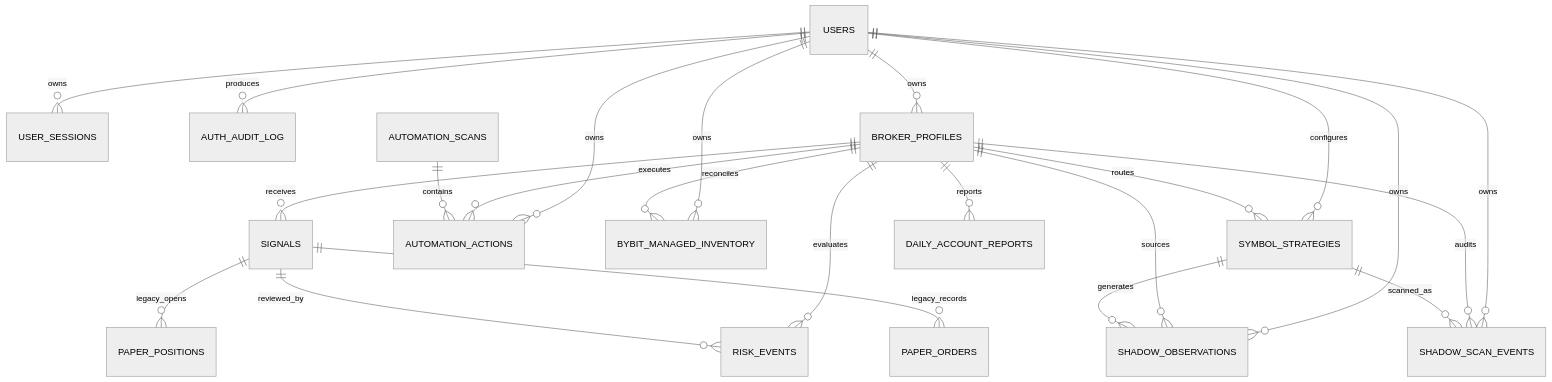
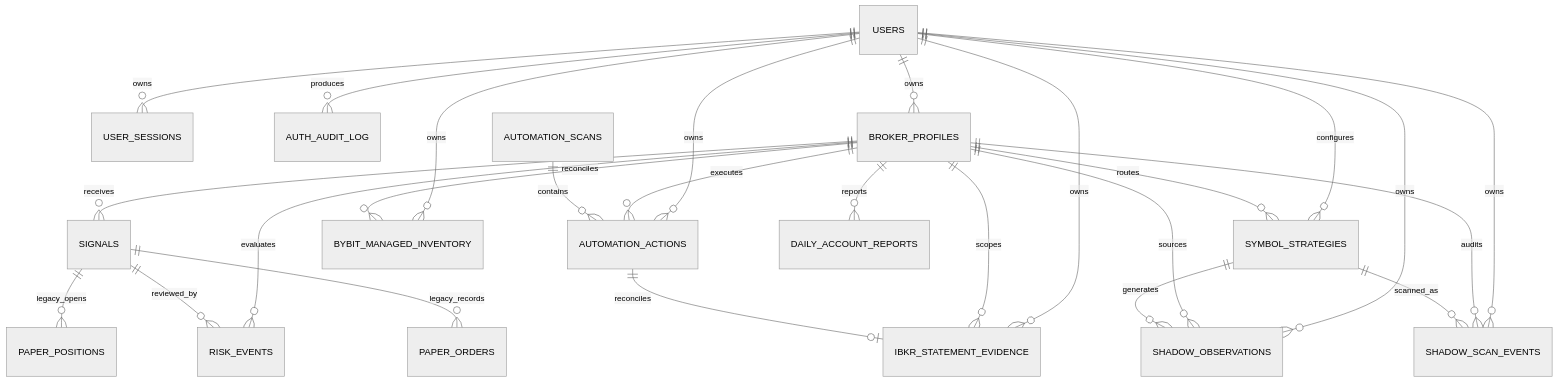
The first of 3 diagrams in docs/ERD.md (mohamdhassa/atlas-markets), drawn with Mermaid (neutral theme) before and after one commit. The commit also changed other lines of this file and 17 other files, not shown here.

Commit message:
Add reviewed IBKR Paper statement import and durable ledger reconciliation

````diff
--- a/docs/ERD.md
+++ b/docs/ERD.md
@@ -12,27 +12,30 @@
 ```mermaid
 erDiagram
     USERS ||--o{ USER_SESSIONS : owns
     USERS ||--o{ AUTH_AUDIT_LOG : produces
     USERS ||--o{ BROKER_PROFILES : owns
     USERS ||--o{ SYMBOL_STRATEGIES : configures
     USERS ||--o{ AUTOMATION_ACTIONS : owns
+    USERS ||--o{ IBKR_STATEMENT_EVIDENCE : owns
+    BROKER_PROFILES ||--o{ IBKR_STATEMENT_EVIDENCE : scopes
+    AUTOMATION_ACTIONS ||--o| IBKR_STATEMENT_EVIDENCE : reconciles
     USERS ||--o{ BYBIT_MANAGED_INVENTORY : owns
     USERS ||--o{ SHADOW_OBSERVATIONS : owns
     USERS ||--o{ SHADOW_SCAN_EVENTS : owns
 
     BROKER_PROFILES ||--o{ SYMBOL_STRATEGIES : routes
     BROKER_PROFILES ||--o{ SIGNALS : receives
     BROKER_PROFILES ||--o{ RISK_EVENTS : evaluates
     BROKER_PROFILES ||--o{ AUTOMATION_ACTIONS : executes
     BROKER_PROFILES ||--o{ DAILY_ACCOUNT_REPORTS : reports
     BROKER_PROFILES ||--o{ BYBIT_MANAGED_INVENTORY : reconciles
     BROKER_PROFILES ||--o{ SHADOW_OBSERVATIONS : sources
     BROKER_PROFILES ||--o{ SHADOW_SCAN_EVENTS : audits
 
     SIGNALS ||--o{ RISK_EVENTS : reviewed_by
     SIGNALS ||--o{ PAPER_POSITIONS : legacy_opens
     SIGNALS ||--o{ PAPER_ORDERS : legacy_records
     AUTOMATION_SCANS ||--o{ AUTOMATION_ACTIONS : contains
     SYMBOL_STRATEGIES ||--o{ SHADOW_OBSERVATIONS : generates
     SYMBOL_STRATEGIES ||--o{ SHADOW_SCAN_EVENTS : scanned_as
 ```
````
